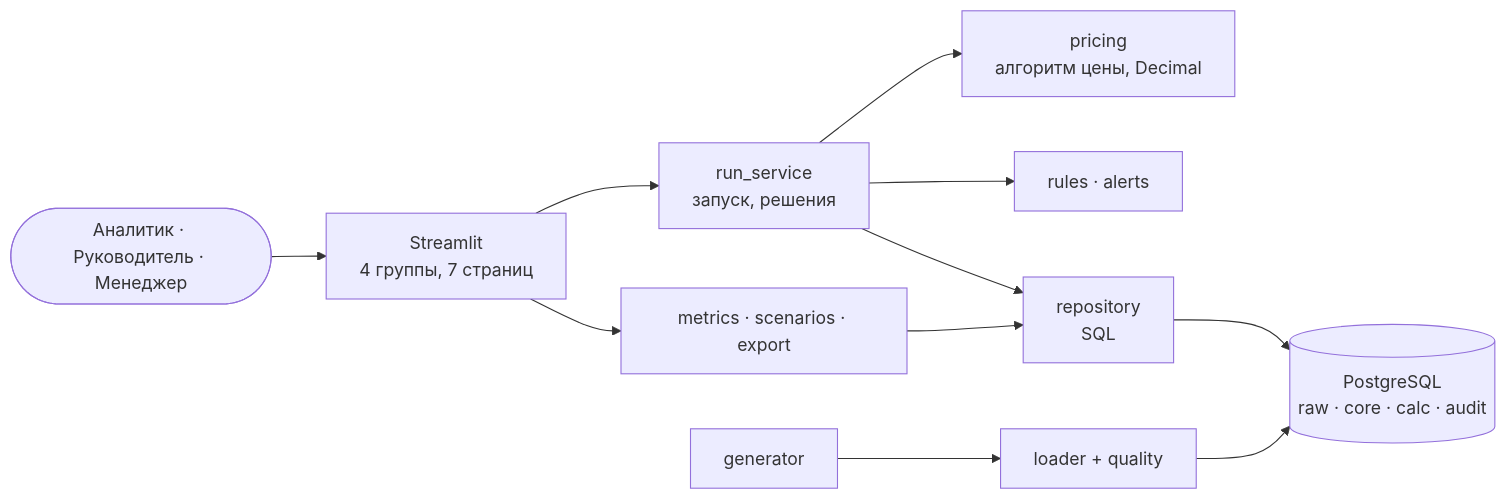
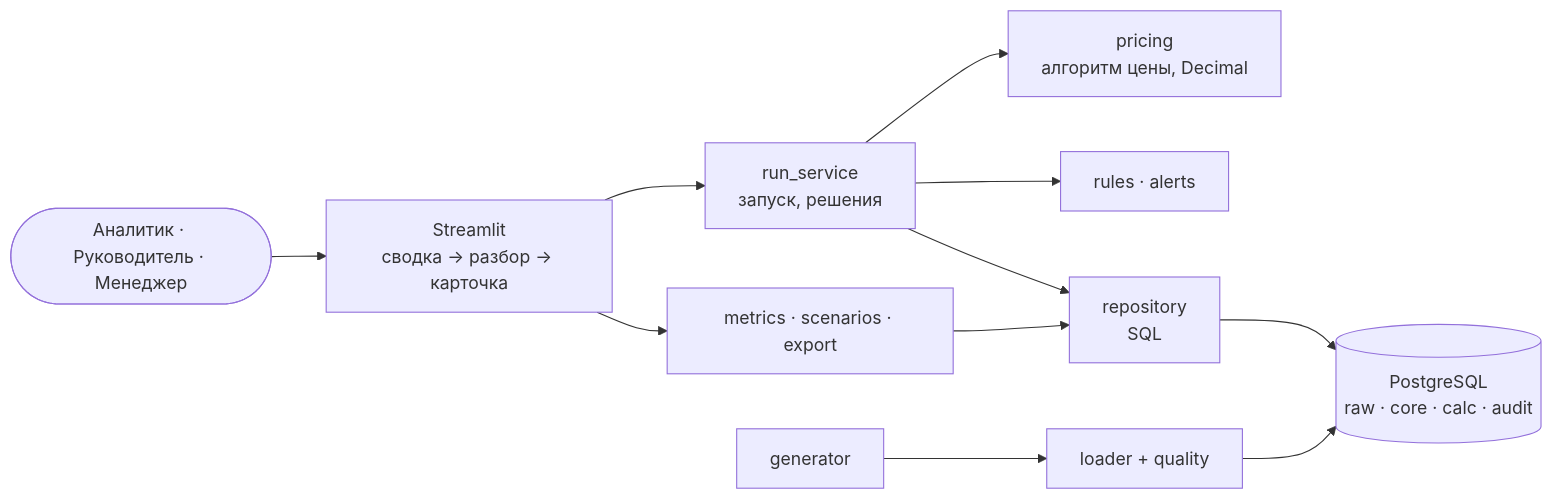
The diagram in README.md (lubancho/price-margin-control), drawn with Mermaid before and after one commit. The commit also changed other lines of this file and 29 other files, not shown here.

First line of the commit message:
Интерфейс «путь вглубь»: сводка → разбор → карточка

````diff
--- a/README.md
+++ b/README.md
@@ -55,11 +56,11 @@
 ```mermaid
 flowchart LR
-    U([Аналитик · Руководитель · Менеджер]) --> UI[Streamlit<br/>4 группы, 7 страниц]
+    U([Аналитик · Руководитель · Менеджер]) --> UI[Streamlit<br/>сводка → разбор → карточка]
     UI --> RS[run_service<br/>запуск, решения]
     UI --> M[metrics · scenarios · export]
     RS --> P[pricing<br/>алгоритм цены, Decimal]
     RS --> R[rules · alerts]
     RS & M --> REPO[repository<br/>SQL]
     G[generator] --> L[loader + quality] --> DB
     REPO --> DB[(PostgreSQL<br/>raw · core · calc · audit)]
 ```
````
